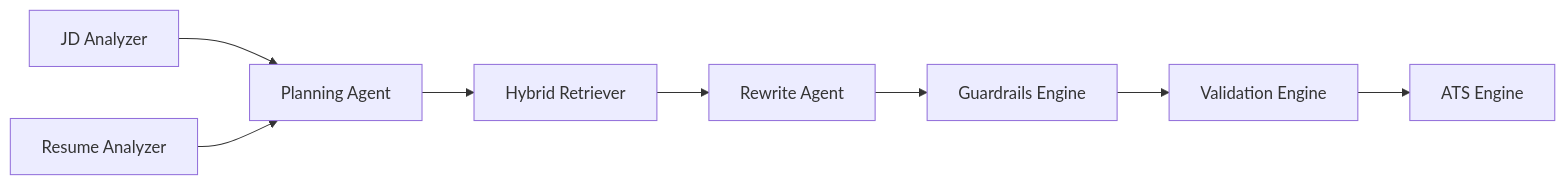
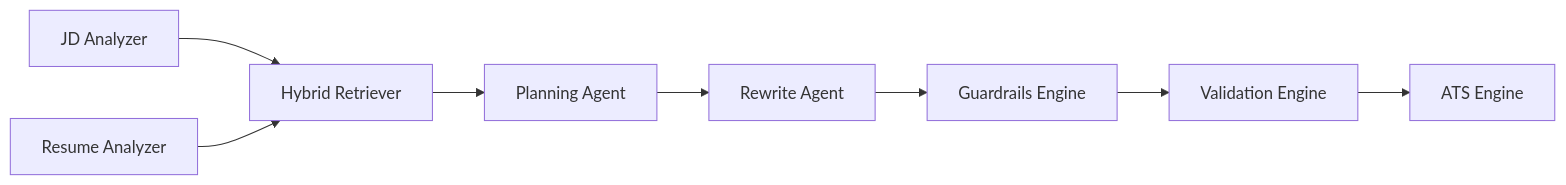
One commit to rsinghcodes/Tailr changed the diagram in docs/Diagrams/04-Agent-Workflow.mmd. Above: the diagram before and after it, drawn with Mermaid. The commit also changed 59 other files, not shown here.

Commit message:
docs: add comprehensive project documentation including architecture, diagrams, roadmaps, and architectural decision records.

```diff
--- a/docs/Diagrams/04-Agent-Workflow.mmd
+++ b/docs/Diagrams/04-Agent-Workflow.mmd
@@ -1,31 +1,31 @@
 flowchart LR
 
 JD[JD Analyzer]
 
 Resume[Resume Analyzer]
 
+Retriever[Hybrid Retriever]
+
 Planner[Planning Agent]
-
-Retriever[Hybrid Retriever]
 
 Rewrite[Rewrite Agent]
 
 Guardrails[Guardrails Engine]
 
 Validate[Validation Engine]
 
 ATS[ATS Engine]
 
-JD --> Planner
+JD --> Retriever
 
-Resume --> Planner
+Resume --> Retriever
 
-Planner --> Retriever
+Retriever --> Planner
 
-Retriever --> Rewrite
+Planner --> Rewrite
 
 Rewrite --> Guardrails
 
 Guardrails --> Validate
 
 Validate --> ATS
```
